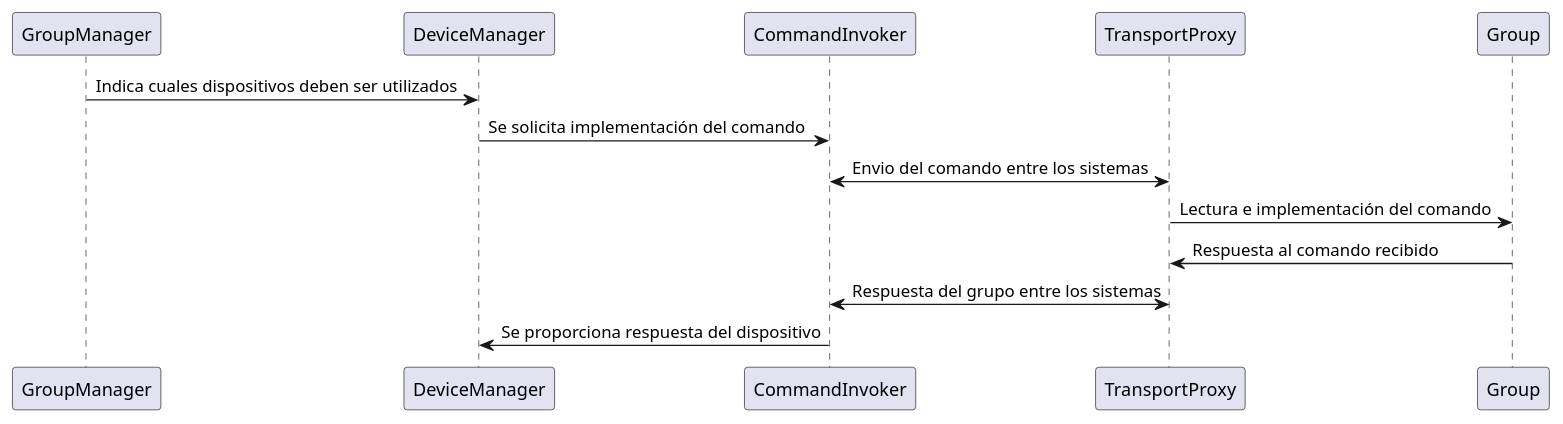
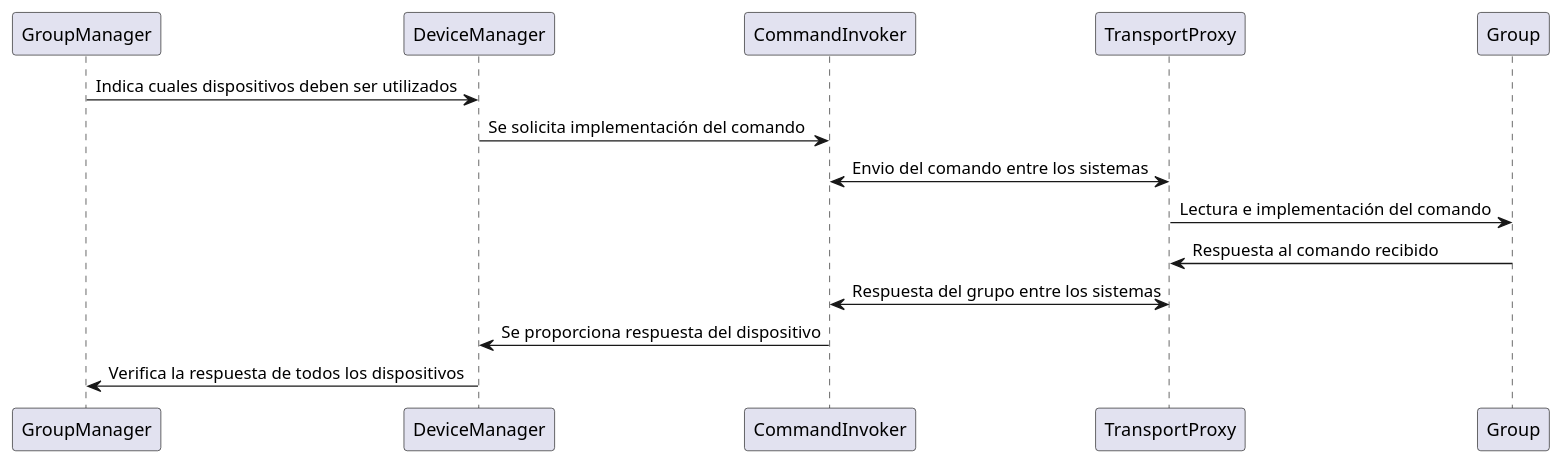
Before and after one commit to gabomora2200/ie0417-B80525: the sixth of 6 diagrams in docs/source/labs/lab1/lab1.rst, drawn with PlantUML. The commit also changed other lines of this file, not shown here.

```diff
--- a/docs/source/labs/lab1/lab1.rst
+++ b/docs/source/labs/lab1/lab1.rst
@@ -398,15 +398,17 @@
 .. uml::
 
   GroupManager -> DeviceManager: Indica cuales dispositivos deben ser utilizados
 
   DeviceManager -> CommandInvoker: Se solicita implementación del comando
 
   CommandInvoker <-> TransportProxy: Envio del comando entre los sistemas
 
   TransportProxy -> Group: Lectura e implementación del comando
 
   TransportProxy <- Group: Respuesta al comando recibido
 
   CommandInvoker <-> TransportProxy: Respuesta del grupo entre los sistemas
 
   DeviceManager <- CommandInvoker: Se proporciona respuesta del dispositivo
+  
+  GroupManager <- DeviceManager: Verifica la respuesta de todos los dispositivos
```
